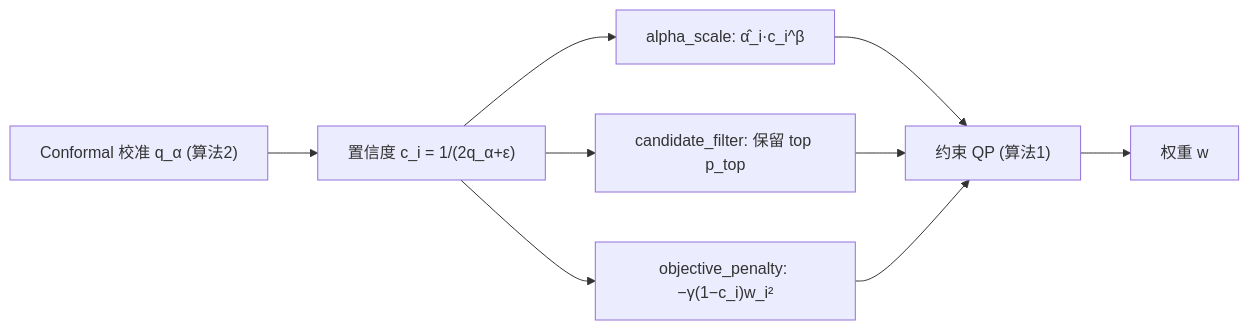
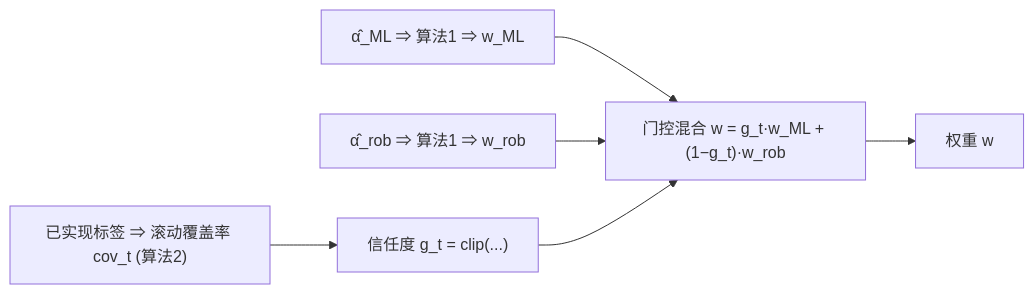
Before and after one commit to aokimi0/IndexEnhancementStrategy: the second of 2 diagrams in paper/preview.md, drawn with Mermaid. The commit also changed other lines of this file and 5 other files, not shown here.

````diff
--- a/paper/preview.md
+++ b/paper/preview.md
@@ -268,11 +287,8 @@
 ```mermaid
 flowchart LR
-    CAL["Conformal 校准 q_α (算法2)"] --> CONF["置信度 c_i = 1/(2q_α+ε)"]
-    CONF --> AS["alpha_scale: α̂_i·c_i^β"]
-    CONF --> CF["candidate_filter: 保留 top p_top"]
-    CONF --> OP["objective_penalty: −γ(1−c_i)w_i²"]
-    AS --> QP["约束 QP (算法1)"]
-    CF --> QP
-    OP --> QP
-    QP --> W["权重 w"]
+    COV["已实现标签 ⇒ 滚动覆盖率 cov_t (算法2)"] --> G["信任度 g_t = clip(...)"]
+    ML["α̂_ML ⇒ 算法1 ⇒ w_ML"] --> MIX["门控混合 w = g_t·w_ML + (1−g_t)·w_rob"]
+    ROB["α̂_rob ⇒ 算法1 ⇒ w_rob"] --> MIX
+    G --> MIX
+    MIX --> W["权重 w"]
 ```
````
